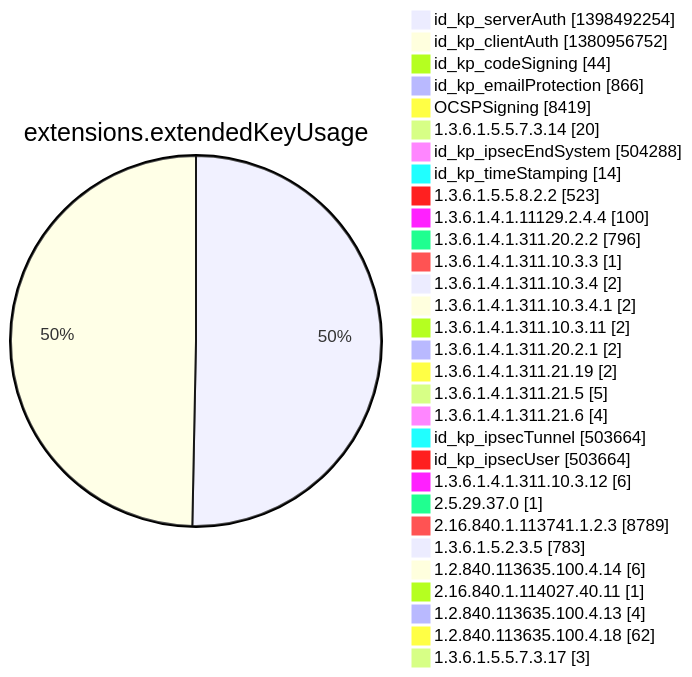
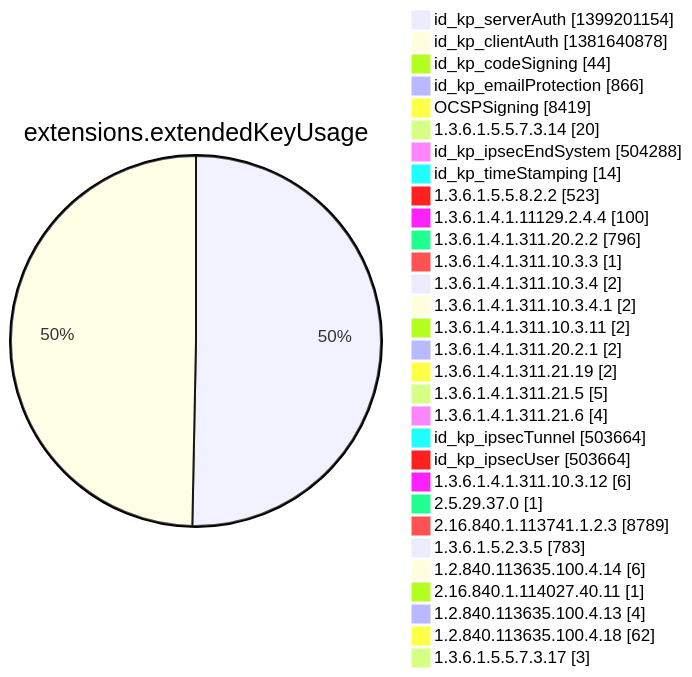
Diagram 12 of 15 in argon2022/README.md (christiankrug/ctmonitor_visualization), drawn with Mermaid before and after one commit. The commit also changed other lines of this file, not shown here.

````diff
--- a/argon2022/README.md
+++ b/argon2022/README.md
@@ -3554,34 +3554,34 @@
 ```mermaid
 pie showData
 title extensions.extendedKeyUsage
-"id_kp_serverAuth" :1398492254
-"id_kp_clientAuth" :1380956752
+"id_kp_serverAuth" :1399201154
+"id_kp_clientAuth" :1381640878
 "id_kp_codeSigning" :44
 "id_kp_emailProtection" :866
 "OCSPSigning" :8419
 "1.3.6.1.5.5.7.3.14" :20
 "id_kp_ipsecEndSystem" :504288
 "id_kp_timeStamping" :14
 "1.3.6.1.5.5.8.2.2" :523
 "1.3.6.1.4.1.11129.2.4.4" :100
 "1.3.6.1.4.1.311.20.2.2" :796
 "1.3.6.1.4.1.311.10.3.3" :1
 "1.3.6.1.4.1.311.10.3.4" :2
 "1.3.6.1.4.1.311.10.3.4.1" :2
 "1.3.6.1.4.1.311.10.3.11" :2
 "1.3.6.1.4.1.311.20.2.1" :2
 "1.3.6.1.4.1.311.21.19" :2
 "1.3.6.1.4.1.311.21.5" :5
 "1.3.6.1.4.1.311.21.6" :4
 "id_kp_ipsecTunnel" :503664
 "id_kp_ipsecUser" :503664
 "1.3.6.1.4.1.311.10.3.12" :6
 "2.5.29.37.0" :1
 "2.16.840.1.113741.1.2.3" :8789
 "1.3.6.1.5.2.3.5" :783
 "1.2.840.113635.100.4.14" :6
 "2.16.840.1.114027.40.11" :1
 "1.2.840.113635.100.4.13" :4
 "1.2.840.113635.100.4.18" :62
 "1.3.6.1.5.5.7.3.17" :3
 ```
````
